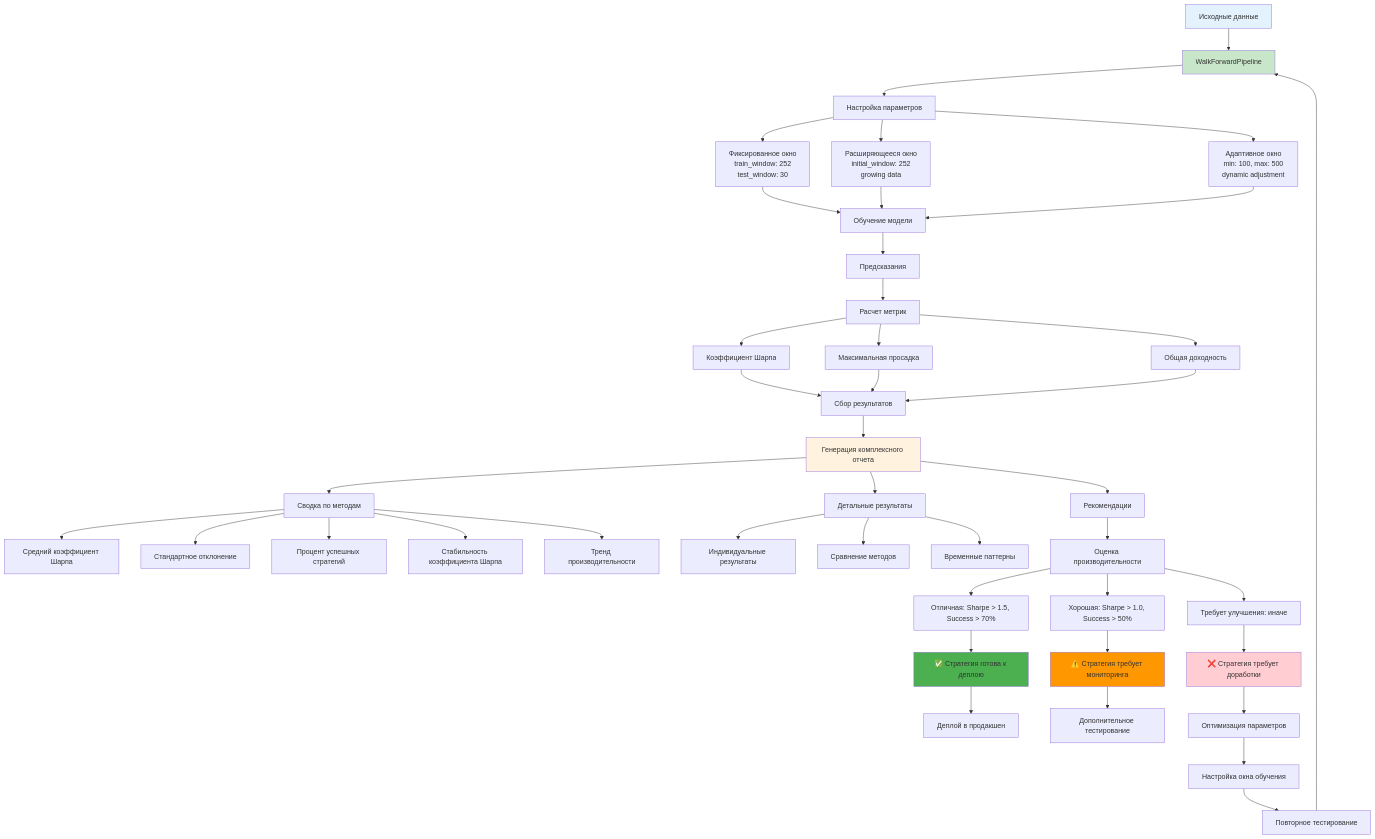
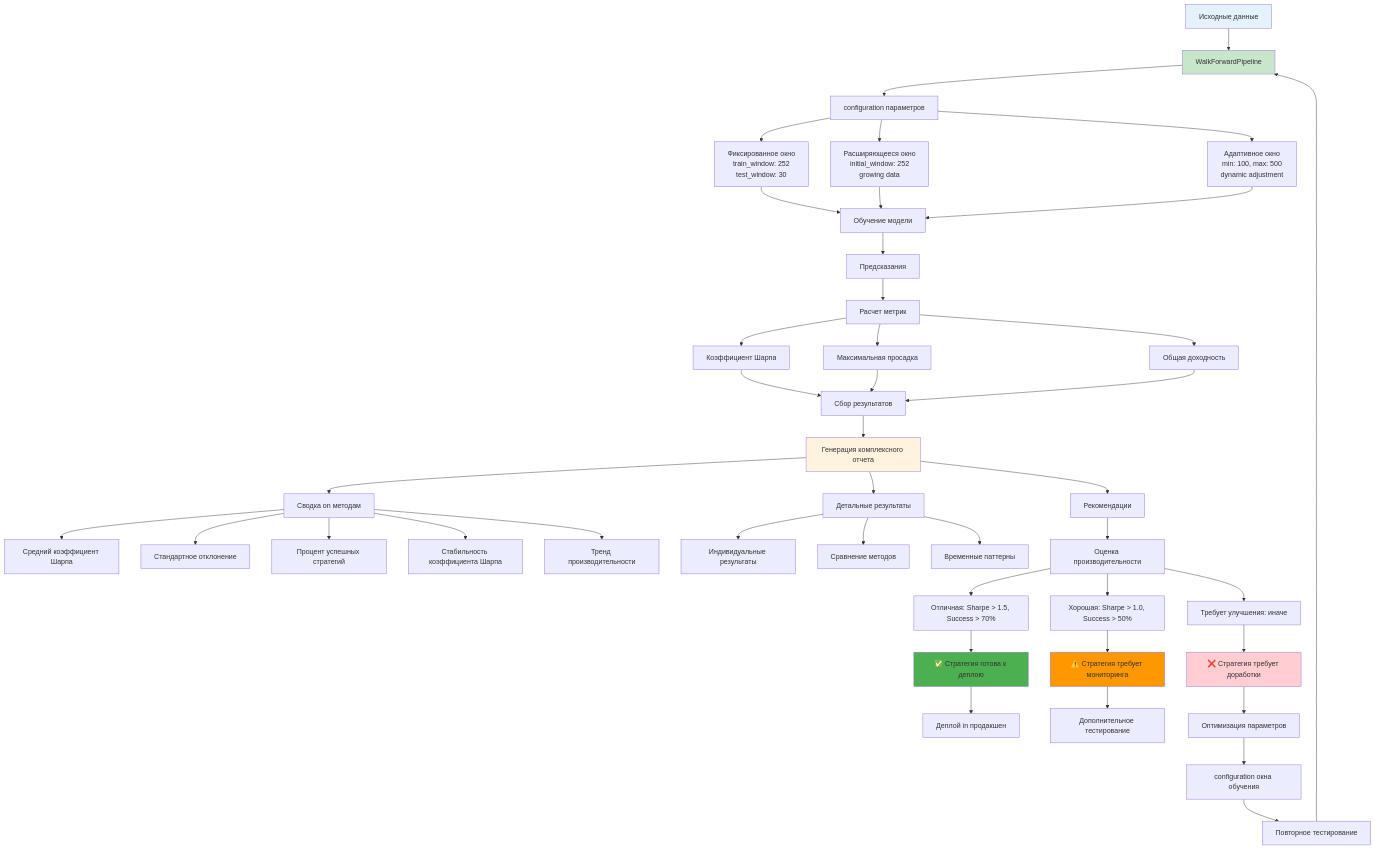
Before and after one commit to NeoZorK/neozork-hld-prediction: the eighth of 8 diagrams in docs/automl/gluon/30_walk_forward_analysis.md, drawn with Mermaid. The commit also changed other lines of this file and 19 other files, not shown here.

````diff
--- a/docs/automl/gluon/30_walk_forward_analysis.md
+++ b/docs/automl/gluon/30_walk_forward_analysis.md
@@ -1855,63 +1855,63 @@
 ```mermaid
 graph TD
-    A[Исходные данные] --> B[WalkForwardPipeline]
-    B --> C[Настройка параметров]
-    
-    C --> D[Фиксированное окно<br/>train_window: 252<br/>test_window: 30]
-    C --> E[Расширяющееся окно<br/>initial_window: 252<br/>growing data]
-    C --> F[Адаптивное окно<br/>min: 100, max: 500<br/>dynamic adjustment]
-    
-    D --> G[Обучение модели]
-    E --> G
-    F --> G
-    
-    G --> H[Предсказания]
-    H --> I[Расчет метрик]
-    
-    I --> J[Коэффициент Шарпа]
-    I --> K[Максимальная просадка]
-    I --> L[Общая доходность]
-    
-    J --> M[Сбор результатов]
-    K --> M
-    L --> M
-    
-    M --> N[Генерация комплексного отчета]
-    N --> O[Сводка по методам]
-    N --> P[Детальные результаты]
-    N --> Q[Рекомендации]
-    
-    O --> R[Средний коэффициент Шарпа]
-    O --> S[Стандартное отклонение]
-    O --> T[Процент успешных стратегий]
-    O --> U[Стабильность коэффициента Шарпа]
-    O --> V[Тренд производительности]
-    
-    P --> W[Индивидуальные результаты]
-    P --> X[Сравнение методов]
-    P --> Y[Временные паттерны]
-    
-    Q --> Z[Оценка производительности]
-    Z --> AA[Отличная: Sharpe > 1.5, Success > 70%]
-    Z --> BB[Хорошая: Sharpe > 1.0, Success > 50%]
-    Z --> CC[Требует улучшения: иначе]
-    
-    AA --> DD[✅ Стратегия готова к деплою]
-    BB --> EE[⚠️ Стратегия требует мониторинга]
-    CC --> FF[❌ Стратегия требует доработки]
-    
-    DD --> GG[Деплой в продакшен]
-    EE --> HH[Дополнительное тестирование]
-    FF --> II[Оптимизация параметров]
-    
-    II --> JJ[Настройка окна обучения]
-    JJ --> KK[Повторное тестирование]
-    KK --> B
-    
-    style A fill:#e3f2fd
-    style B fill:#c8e6c9
-    style N fill:#fff3e0
-    style DD fill:#4caf50
-    style EE fill:#ff9800
-    style FF fill:#ffcdd2
+ A[Исходные данные] --> B[WalkForwardPipeline]
+ B --> C[configuration параметров]
+
+ C --> D[Фиксированное окно<br/>train_window: 252<br/>test_window: 30]
+ C --> E[Расширяющееся окно<br/>initial_window: 252<br/>growing data]
+ C --> F[Адаптивное окно<br/>min: 100, max: 500<br/>dynamic adjustment]
+
+ D --> G[Обучение модели]
+ E --> G
+ F --> G
+
+ G --> H[Предсказания]
+ H --> I[Расчет метрик]
+
+ I --> J[Коэффициент Шарпа]
+ I --> K[Максимальная просадка]
+ I --> L[Общая доходность]
+
+ J --> M[Сбор результатов]
+ K --> M
+ L --> M
+
+ M --> N[Генерация комплексного отчета]
+ N --> O[Сводка on методам]
+ N --> P[Детальные результаты]
+ N --> Q[Рекомендации]
+
+ O --> R[Средний коэффициент Шарпа]
+ O --> S[Стандартное отклонение]
+ O --> T[Процент успешных стратегий]
+ O --> U[Стабильность коэффициента Шарпа]
+ O --> V[Тренд производительности]
+
+ P --> W[Индивидуальные результаты]
+ P --> X[Сравнение методов]
+ P --> Y[Временные паттерны]
+
+ Q --> Z[Оценка производительности]
+ Z --> AA[Отличная: Sharpe > 1.5, Success > 70%]
+ Z --> BB[Хорошая: Sharpe > 1.0, Success > 50%]
+ Z --> CC[Требует улучшения: иначе]
+
+ AA --> DD[✅ Стратегия готова к деплою]
+ BB --> EE[⚠️ Стратегия требует мониторинга]
+ CC --> FF[❌ Стратегия требует доработки]
+
+ DD --> GG[Деплой in продакшен]
+ EE --> HH[Дополнительное тестирование]
+ FF --> II[Оптимизация параметров]
+
+ II --> JJ[configuration окна обучения]
+ JJ --> KK[Повторное тестирование]
+ KK --> B
+
+ style A fill:#e3f2fd
+ style B fill:#c8e6c9
+ style N fill:#fff3e0
+ style DD fill:#4caf50
+ style EE fill:#ff9800
+ style FF fill:#ffcdd2
 ```
````
